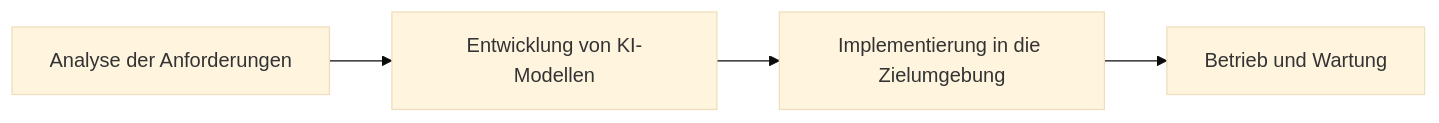
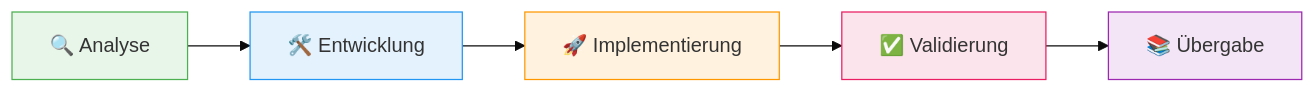
One commit to bks-lab/.github changed the first of 2 diagrams in profile/README.md. Above: the diagram before and after it, drawn with Mermaid (base theme). The commit also changed other lines of this file, not shown here.

````diff
--- a/profile/README.md
+++ b/profile/README.md
@@ -31,6 +78,10 @@
 ```mermaid
 graph LR
-    A[Analyse der Anforderungen] --> B[Entwicklung von KI-Modellen]
-    B --> C[Implementierung in die Zielumgebung]
-    C --> D[Betrieb und Wartung]
+    A[🔍 Analyse] --> B[🛠️ Entwicklung] --> C[🚀 Implementierung] --> D[✅ Validierung] --> E[📚 Übergabe]
+    
+    style A fill:#e8f5e9,stroke:#4caf50
+    style B fill:#e3f2fd,stroke:#2196f3  
+    style C fill:#fff3e0,stroke:#ff9800
+    style D fill:#fce4ec,stroke:#e91e63
+    style E fill:#f3e5f5,stroke:#9c27b0
 ```
````
